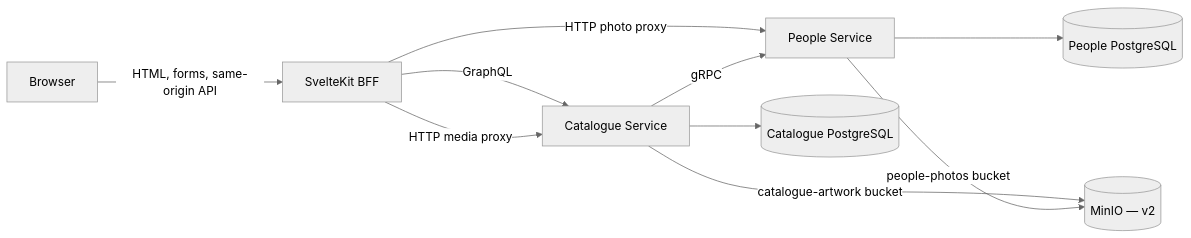
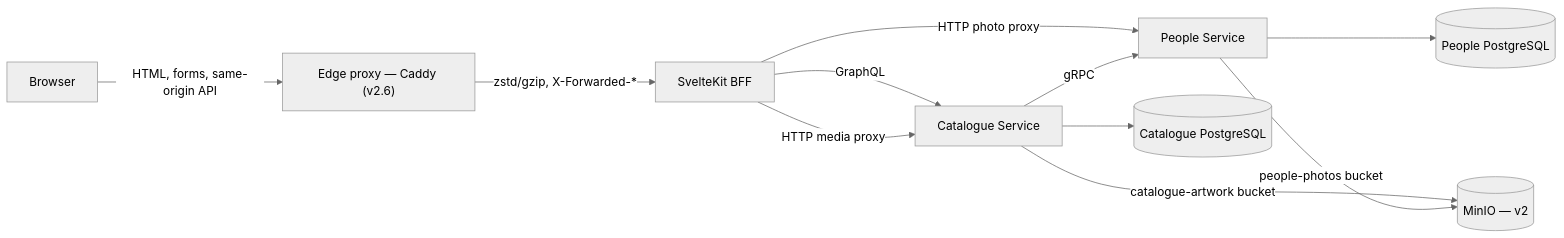
The first of 3 diagrams in docs/architecture/overview.md (harunoyukidane/moviedb), drawn with Mermaid (neutral theme) before and after one commit. The commit also changed other lines of this file and 10 other files, not shown here.

````diff
--- a/docs/architecture/overview.md
+++ b/docs/architecture/overview.md
@@ -24,12 +24,13 @@
 ```mermaid
 flowchart LR
-    Browser["Browser"] -->|"HTML, forms, same-origin API"| BFF["SvelteKit BFF"]
+    Browser["Browser"] -->|"HTML, forms, same-origin API"| Proxy["Edge proxy — Caddy (v2.6)"]
+    Proxy -->|"zstd/gzip, X-Forwarded-*"| BFF["SvelteKit BFF"]
     BFF -->|"GraphQL"| Catalogue["Catalogue Service"]
     BFF -->|"HTTP media proxy"| Catalogue
     BFF -->|"HTTP photo proxy"| People["People Service"]
     Catalogue -->|"gRPC"| People
     Catalogue --> CatalogueDB[("Catalogue PostgreSQL")]
     People --> PeopleDB[("People PostgreSQL")]
     Catalogue -->|"catalogue-artwork bucket"| MinIO[("MinIO — v2")]
     People -->|"people-photos bucket"| MinIO
 ```
````
